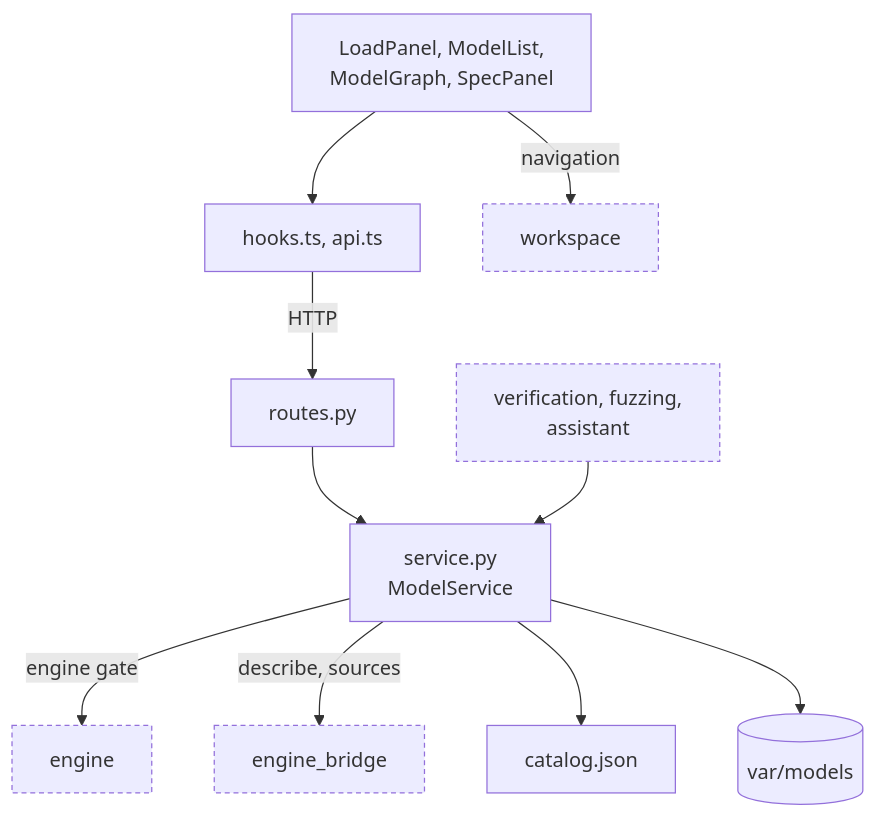
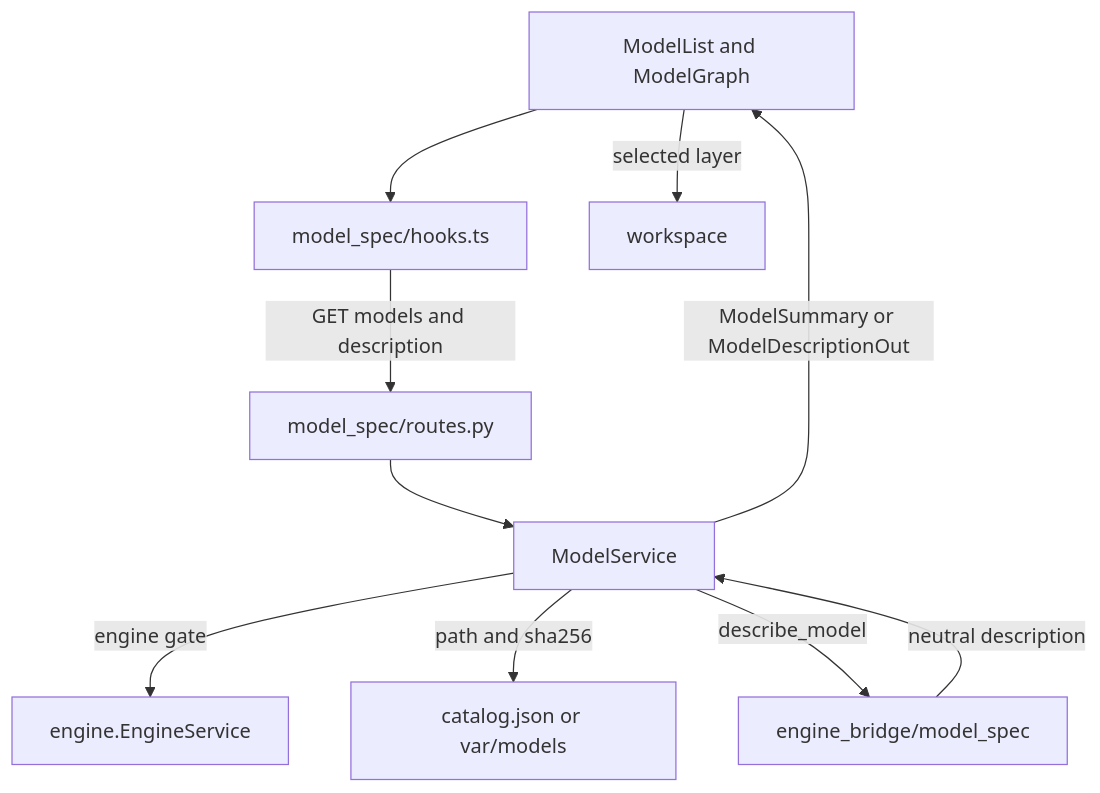
One commit to SVF-tools/ACT-GUI changed the first of 3 diagrams in visual_bench/model_spec/README.md. Above: the diagram before and after it, drawn with Mermaid. The commit also changed other lines of this file and 20 other files, not shown here.

````diff
--- a/visual_bench/model_spec/README.md
+++ b/visual_bench/model_spec/README.md
@@ -24,22 +23,12 @@
 ```mermaid
 flowchart TB
-  classDef ext stroke-dasharray: 4 3
-  Views["LoadPanel, ModelList,<br/>ModelGraph, SpecPanel"]
-  H["hooks.ts, api.ts"]
-  R["routes.py"]
-  S["service.py<br/>ModelService"]
-  WS["workspace"]:::ext
-  CAL["verification, fuzzing,<br/>assistant"]:::ext
-  EN["engine"]:::ext
-  EB["engine_bridge"]:::ext
-  Cat["catalog.json"]
-  Store[("var/models")]
-  Views --> H
-  Views -- "navigation" --> WS
-  H -- "HTTP" --> R
-  R --> S
-  CAL --> S
-  S -- "engine gate" --> EN
-  S -- "describe, sources" --> EB
-  S --> Cat & Store
+  View["ModelList and ModelGraph"] --> Hooks["model_spec/hooks.ts"]
+  Hooks -- "GET models and description" --> Routes["model_spec/routes.py"]
+  Routes --> Service["ModelService"]
+  Service -- "engine gate" --> Engine["engine.EngineService"]
+  Service -- "path and sha256" --> Catalog["catalog.json or var/models"]
+  Service -- "describe_model" --> Bridge["engine_bridge/model_spec"]
+  Bridge -- "neutral description" --> Service
+  Service -- "ModelSummary or ModelDescriptionOut" --> View
+  View -- "selected layer" --> Workspace["workspace"]
 ```
````
